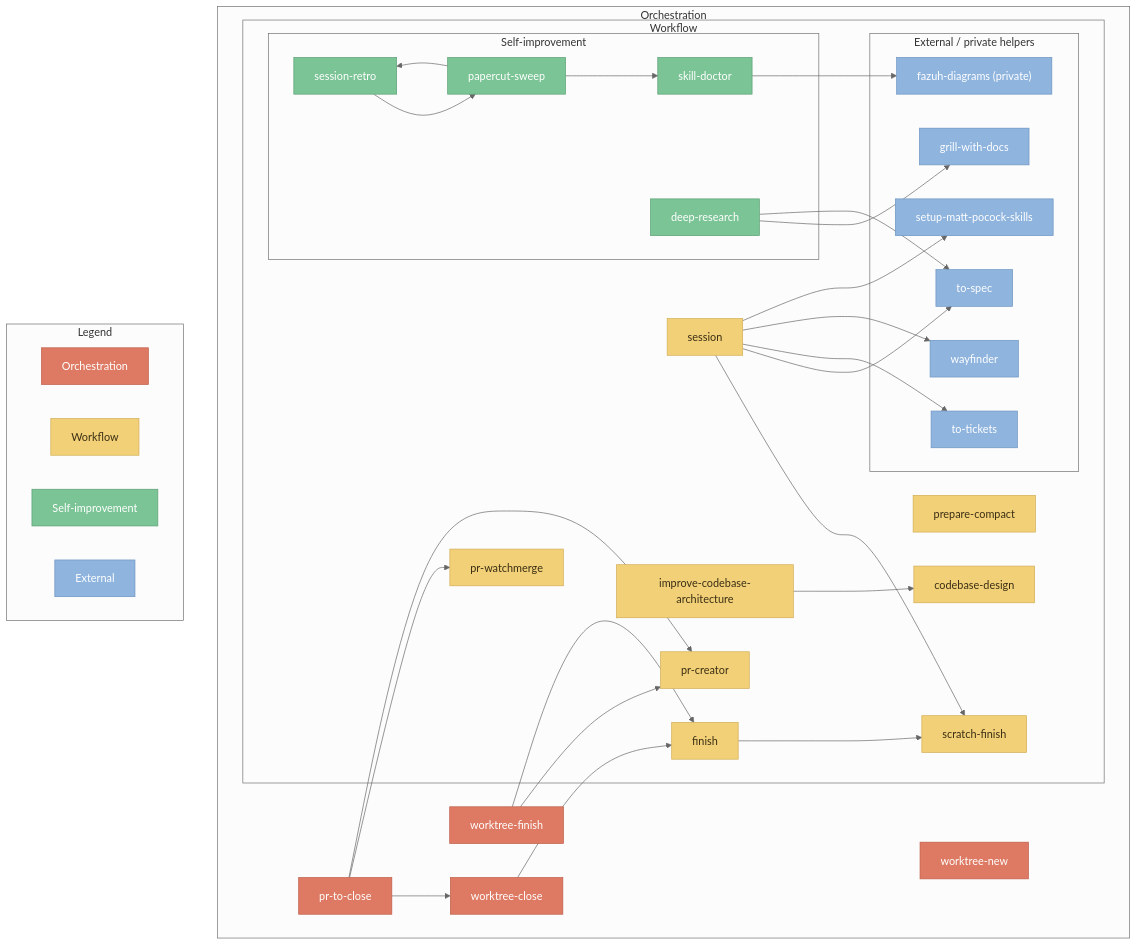
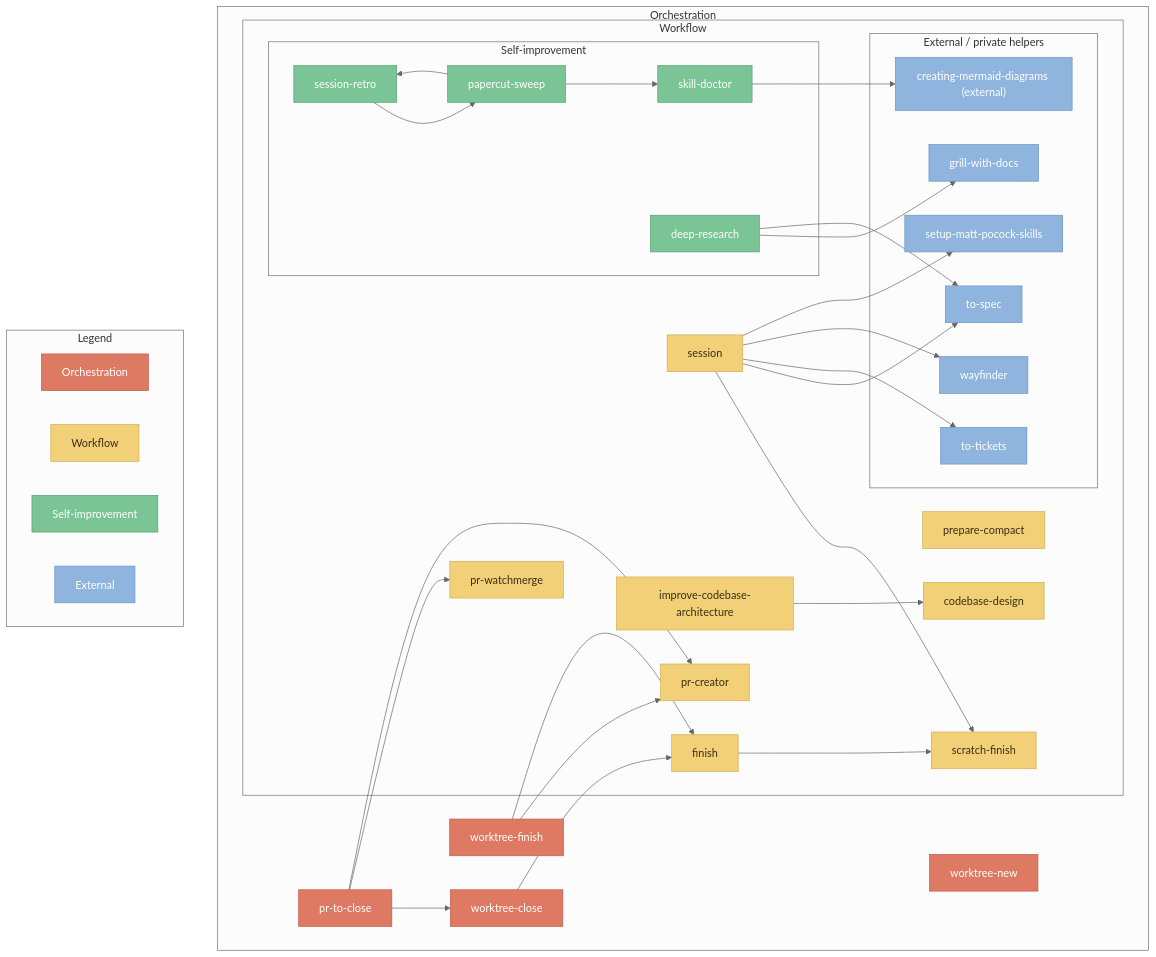
The diagram in docs/diagrams/skill-relations-orchestration.mmd (FAZuH/agent), drawn with Mermaid before and after one commit. The commit also changed 5 other files, not shown here.

```diff
--- a/docs/diagrams/skill-relations-orchestration.mmd
+++ b/docs/diagrams/skill-relations-orchestration.mmd
@@ -1,76 +1,76 @@
 ---
 config:
   theme: 'neutral'
 ---
 flowchart TD
     subgraph orchestration["Orchestration"]
         pr_to_close["pr-to-close"]
         worktree_new["worktree-new"]
         worktree_finish["worktree-finish"]
         worktree_close["worktree-close"]
         subgraph workflow["Workflow"]
             pr_creator["pr-creator"]
             pr_watchmerge["pr-watchmerge"]
             finish["finish"]
             session["session"]
             scratch_finish["scratch-finish"]
             prepare_compact["prepare-compact"]
             codebase_design["codebase-design"]
             improve_codebase_architecture["improve-codebase-architecture"]
             subgraph self_improvement["Self-improvement"]
                 session_retro["session-retro"]
                 papercut_sweep["papercut-sweep"]
                 skill_doctor["skill-doctor"]
                 deep_research["deep-research"]
             end
             subgraph external["External / private helpers"]
                 to_spec["to-spec"]
                 to_tickets["to-tickets"]
                 wayfinder["wayfinder"]
                 setup_matt_pocock_skills["setup-matt-pocock-skills"]
                 grill_with_docs["grill-with-docs"]
-                fazuh_diagrams["fazuh-diagrams (private)"]
+                creating_mermaid_diagrams["creating-mermaid-diagrams (external)"]
             end
         end
     end
 
     pr_to_close --> pr_watchmerge
     pr_to_close --> pr_creator
     pr_to_close --> worktree_close
 
     worktree_finish --> pr_creator
     worktree_finish --> finish
 
     worktree_close --> finish
     session --> scratch_finish
     finish --> scratch_finish
     session --> to_spec
     session --> to_tickets
     session --> wayfinder
     session --> setup_matt_pocock_skills
 
     session_retro --> papercut_sweep
     papercut_sweep --> session_retro
     papercut_sweep --> skill_doctor
-    skill_doctor --> fazuh_diagrams
+    skill_doctor --> creating_mermaid_diagrams
     deep_research --> grill_with_docs
     deep_research --> to_spec
     improve_codebase_architecture --> codebase_design
 
     subgraph legend["Legend"]
         direction LR
         L_orch["Orchestration"]
         L_work["Workflow"]
         L_self["Self-improvement"]
         L_ext["External"]
     end
 
     classDef orchestration fill:#DE7A63,stroke:#BE5D48,color:#FFFFFF
     classDef workflow fill:#F2D077,stroke:#D1AD54,color:#3A2E14
     classDef external fill:#8FB4DE,stroke:#6C93C0,color:#FFFFFF
     classDef selfimp fill:#7BC496,stroke:#5A9E73,color:#FFFFFF
 
     class L_orch,pr_to_close,worktree_new,worktree_finish,worktree_close orchestration
     class L_work,pr_creator,pr_watchmerge,finish,session,scratch_finish,prepare_compact,codebase_design,improve_codebase_architecture workflow
     class L_self,session_retro,papercut_sweep,skill_doctor,deep_research selfimp
-    class L_ext,to_spec,to_tickets,wayfinder,setup_matt_pocock_skills,grill_with_docs,fazuh_diagrams external
+    class L_ext,to_spec,to_tickets,wayfinder,setup_matt_pocock_skills,grill_with_docs,creating_mermaid_diagrams external
```
